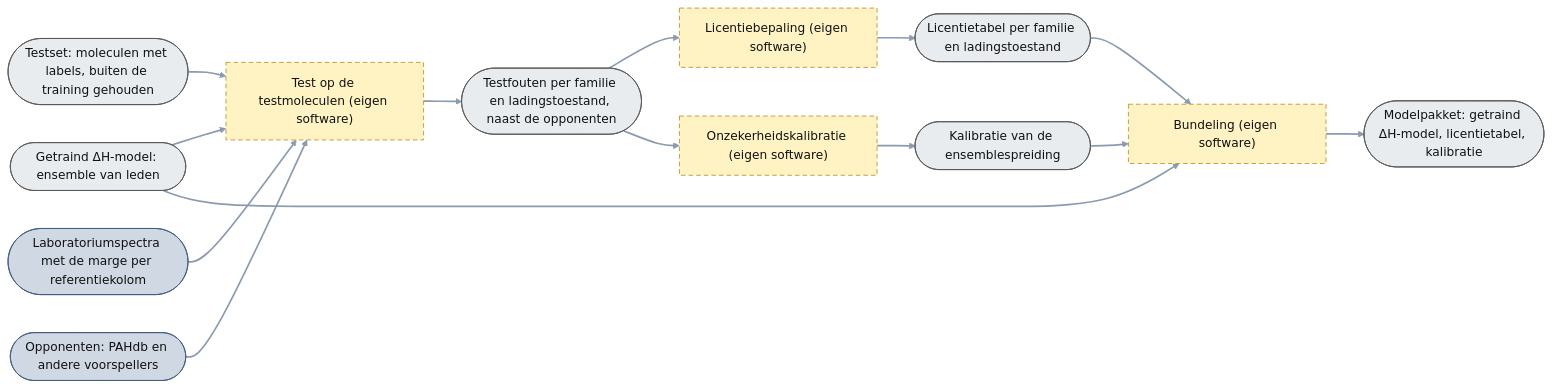
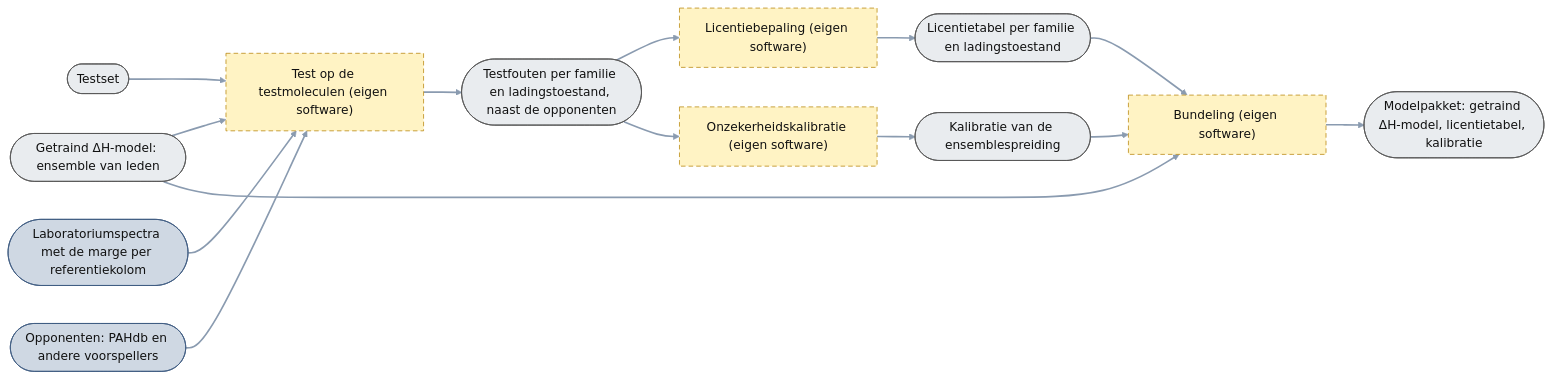
The diagram in plans/05_delta-probed-ir-pipeline/GoalGathering/architecture/21_test_en_licentie.mmd (thebreadishard/udacity-capstone-plan), drawn with Mermaid before and after one commit. The commit also changed 2 other files, not shown here.

Commit message:
Plan 05 architecture: the test set is one object, 'Testset', produced by the split on sheet 3 and consumed on sheet 3b; the overview routes it from Training (blad 3) to Test en licentie (blad 3b) instead of from Labels

```diff
--- a/plans/05_delta-probed-ir-pipeline/GoalGathering/architecture/21_test_en_licentie.mmd
+++ b/plans/05_delta-probed-ir-pipeline/GoalGathering/architecture/21_test_en_licentie.mmd
@@ -1,30 +1,30 @@
 %% Test en licentie (niveau 3b): uit het getrainde ΔH-model en de testset komt het modelpakket dat de target pipeline inlaadt. Doelarchitectuur; nog niet gebouwd.
 %% Rechthoek = processtap (bewerking + software); ronde uiteinden = data-object (het ding). Elke stap levert één data-object. Gestippeld = nog niet gebouwd.
 flowchart LR
   linkStyle default stroke:#8a9bb0,stroke-width:2.2px
   classDef planned stroke-dasharray: 6 4,stroke:#b8860b,fill:#fff3c4,color:#111
   classDef data fill:#e9ecef,stroke:#555,color:#111
   classDef ext fill:#cfd8e3,stroke:#3d5a80,color:#111
 
   ENS(["Getraind ΔH-model: ensemble van leden"]):::data
-  TESTSET(["Testset: moleculen met labels, buiten de training gehouden"]):::data
+  TESTSET(["Testset"]):::data
   LABDB(["Laboratoriumspectra met de marge per referentiekolom"]):::ext
   PAHDB(["Opponenten: PAHdb en andere voorspellers"]):::ext
   TEST["Test op de testmoleculen (eigen software)"]:::planned
   TESTR(["Testfouten per familie en ladingstoestand, naast de opponenten"]):::data
   LIC["Licentiebepaling (eigen software)"]:::planned
   LICT(["Licentietabel per familie en ladingstoestand"]):::data
   CAL["Onzekerheidskalibratie (eigen software)"]:::planned
   CALR(["Kalibratie van de ensemblespreiding"]):::data
   PACK["Bundeling (eigen software)"]:::planned
   MODEL(["Modelpakket: getraind ΔH-model, licentietabel, kalibratie"]):::data
 
   ENS --> TEST
   TESTSET --> TEST
   LABDB --> TEST
   PAHDB --> TEST
   TEST --> TESTR
   TESTR --> LIC --> LICT --> PACK
   TESTR --> CAL --> CALR --> PACK
   ENS --> PACK
   PACK --> MODEL
```
